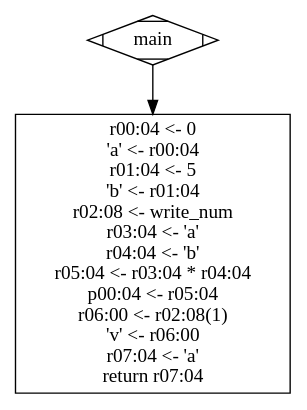
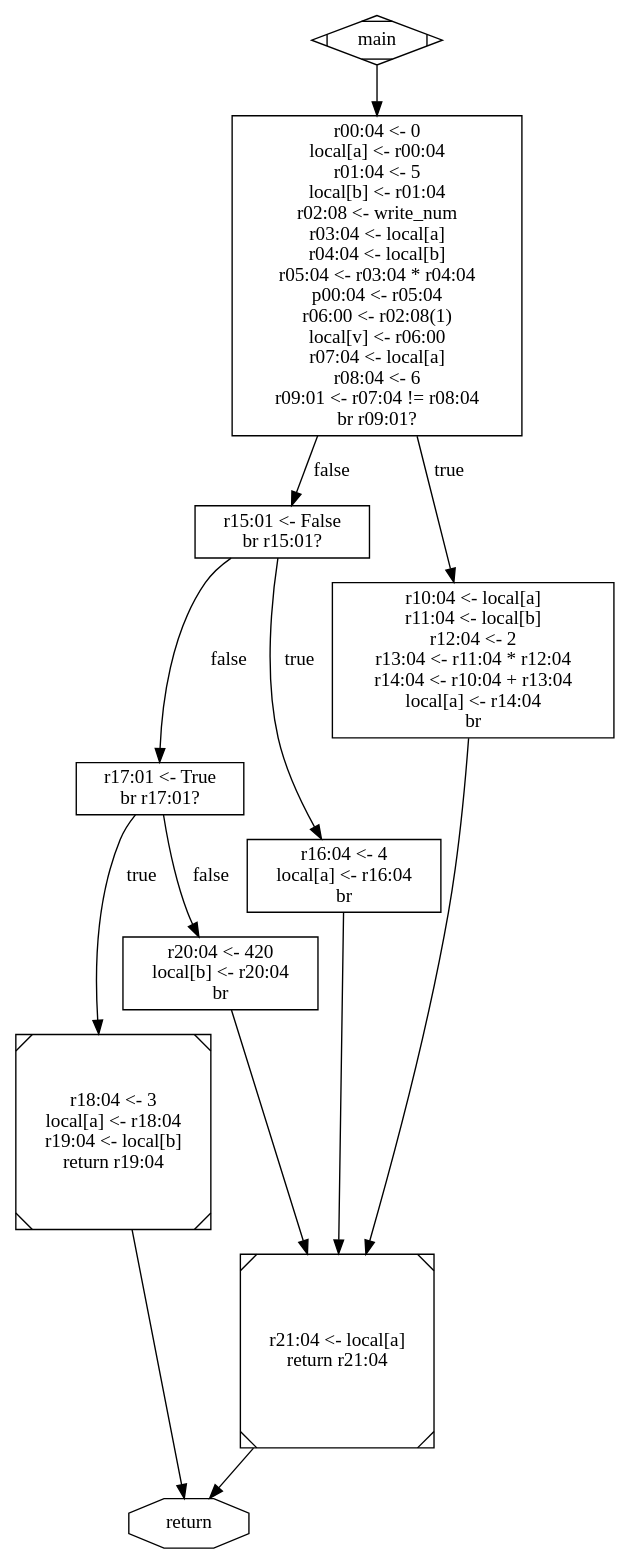
One commit to CdRGit/NyaPL changed the diagram in debug/flowgraph/main.dot. Above: the diagram before and after it, drawn with Graphviz. The commit also changed 10 other files, not shown here.

```diff
--- a/debug/flowgraph/main.dot
+++ b/debug/flowgraph/main.dot
@@ -1,6 +1,25 @@
 digraph {
 node [shape="box"]
 entry [label="main", shape="Mdiamond"]
+return [label="return", shape="octagon"]
 entry -> n0
-n0 [label="r00:04 <- 0\n'a' <- r00:04\nr01:04 <- 5\n'b' <- r01:04\nr02:08 <- write_num\nr03:04 <- 'a'\nr04:04 <- 'b'\nr05:04 <- r03:04 * r04:04\np00:04 <- r05:04\nr06:00 <- r02:08(1)\n'v' <- r06:00\nr07:04 <- 'a'\nreturn r07:04\n"]
+n0 [label="r00:04 <- 0\nlocal[a] <- r00:04\nr01:04 <- 5\nlocal[b] <- r01:04\nr02:08 <- write_num\nr03:04 <- local[a]\nr04:04 <- local[b]\nr05:04 <- r03:04 * r04:04\np00:04 <- r05:04\nr06:00 <- r02:08(1)\nlocal[v] <- r06:00\nr07:04 <- local[a]\nr08:04 <- 6\nr09:01 <- r07:04 != r08:04\nbr r09:01?\n"]
+n2 [label="r15:01 <- False\nbr r15:01?\n"]
+n4 [label="r17:01 <- True\nbr r17:01?\n"]
+n6 [label="r20:04 <- 420\nlocal[b] <- r20:04\nbr\n"]
+n1 [label="r21:04 <- local[a]\nreturn r21:04\n", shape="Msquare"]
+n1 -> return
+n6 -> n1 [label=""]
+n4 -> n6 [label="false"]
+n7 [label="r18:04 <- 3\nlocal[a] <- r18:04\nr19:04 <- local[b]\nreturn r19:04\n", shape="Msquare"]
+n7 -> return
+n4 -> n7 [label="true"]
+n2 -> n4 [label="false"]
+n5 [label="r16:04 <- 4\nlocal[a] <- r16:04\nbr\n"]
+n5 -> n1 [label=""]
+n2 -> n5 [label="true"]
+n0 -> n2 [label="false"]
+n3 [label="r10:04 <- local[a]\nr11:04 <- local[b]\nr12:04 <- 2\nr13:04 <- r11:04 * r12:04\nr14:04 <- r10:04 + r13:04\nlocal[a] <- r14:04\nbr\n"]
+n3 -> n1 [label=""]
+n0 -> n3 [label="true"]
 }
```
